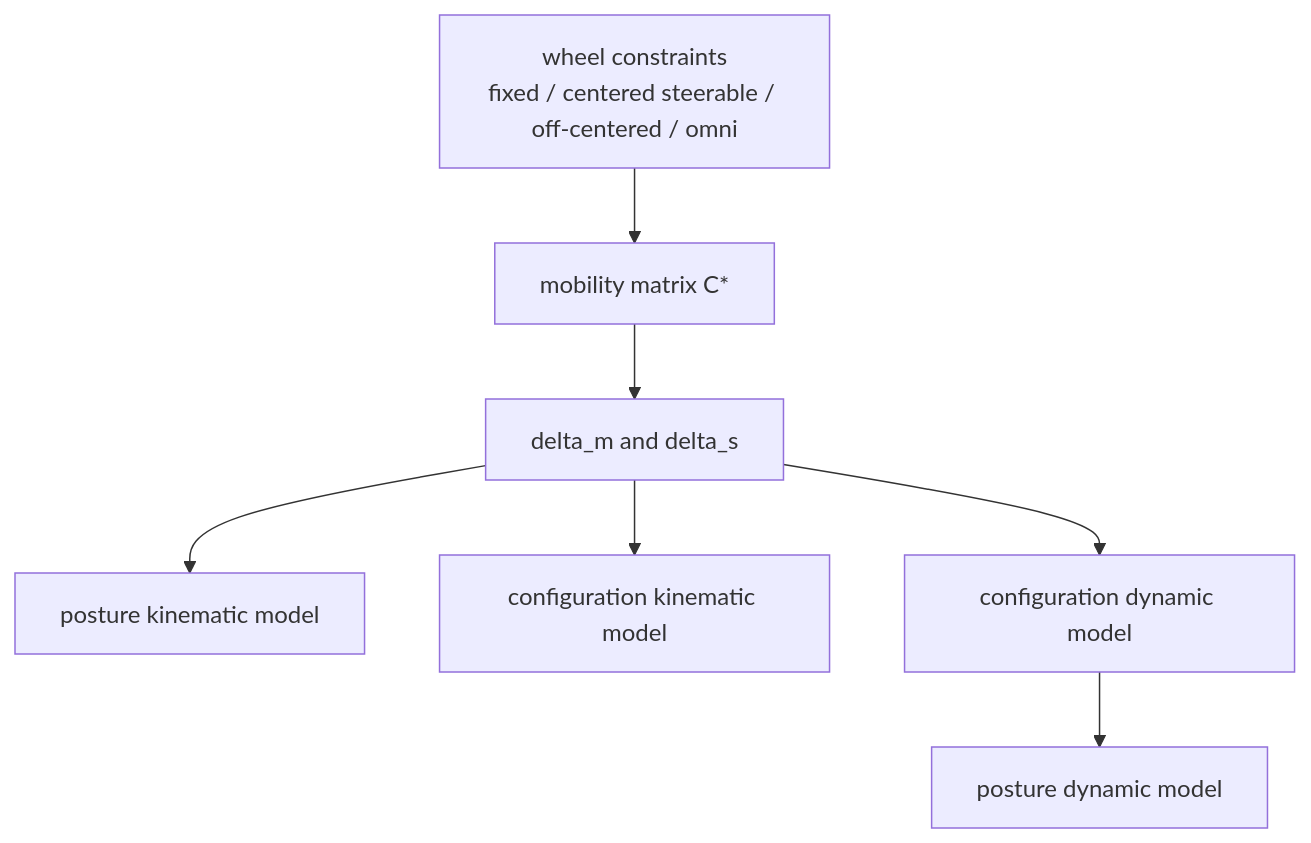
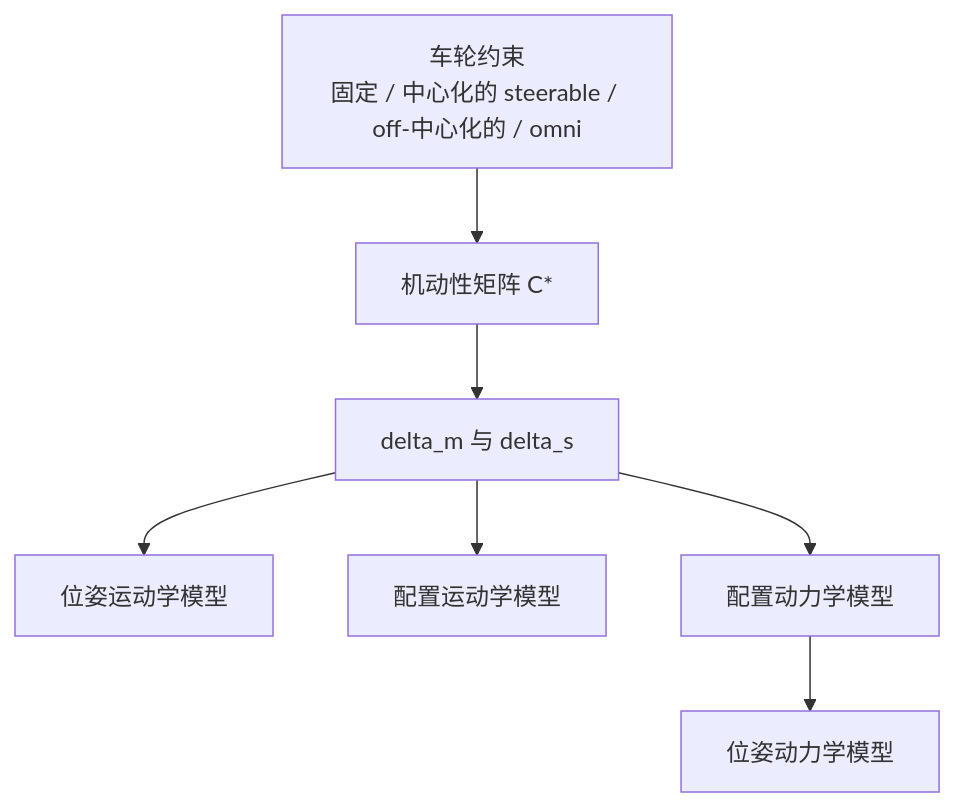
The diagram in wiki/concepts/WheeledMobileRobotClassification.md (niuverse/llm-wiki), drawn with Mermaid before and after one commit. The commit also changed other lines of this file and 123 other files, not shown here.

````diff
--- a/wiki/concepts/WheeledMobileRobotClassification.md
+++ b/wiki/concepts/WheeledMobileRobotClassification.md
@@ -57,9 +57,9 @@
 ```mermaid
 flowchart TD
-  A["wheel constraints<br/>fixed / centered steerable / off-centered / omni"] --> B["mobility matrix C*"]
-  B --> C["delta_m and delta_s"]
-  C --> D["posture kinematic model"]
-  C --> E["configuration kinematic model"]
-  C --> F["configuration dynamic model"]
-  F --> G["posture dynamic model"]
+  A["车轮约束<br/>固定 / 中心化的 steerable / off-中心化的 / omni"] --> B["机动性矩阵 C*"]
+  B --> C["delta_m 与 delta_s"]
+  C --> D["位姿运动学模型"]
+  C --> E["配置运动学模型"]
+  C --> F["配置动力学模型"]
+  F --> G["位姿动力学模型"]
 ```
````
